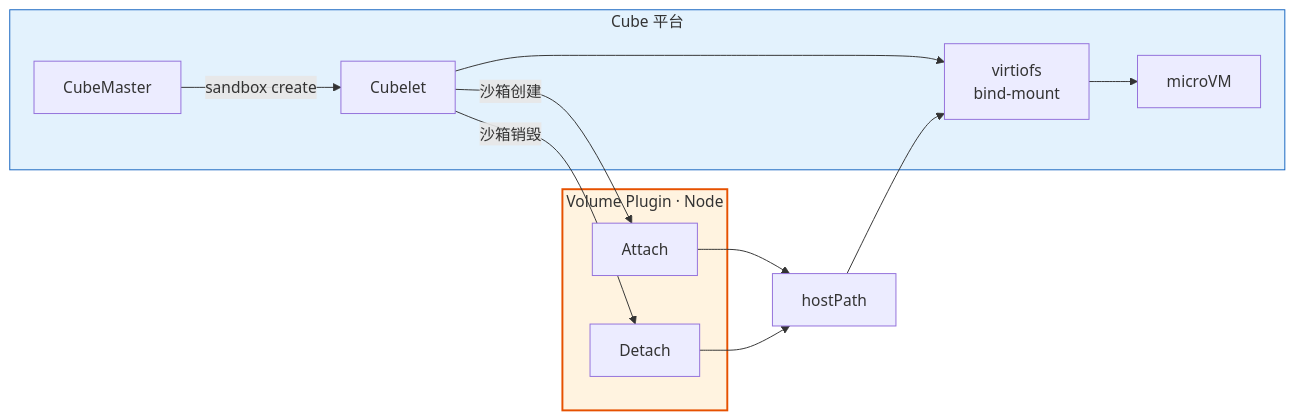
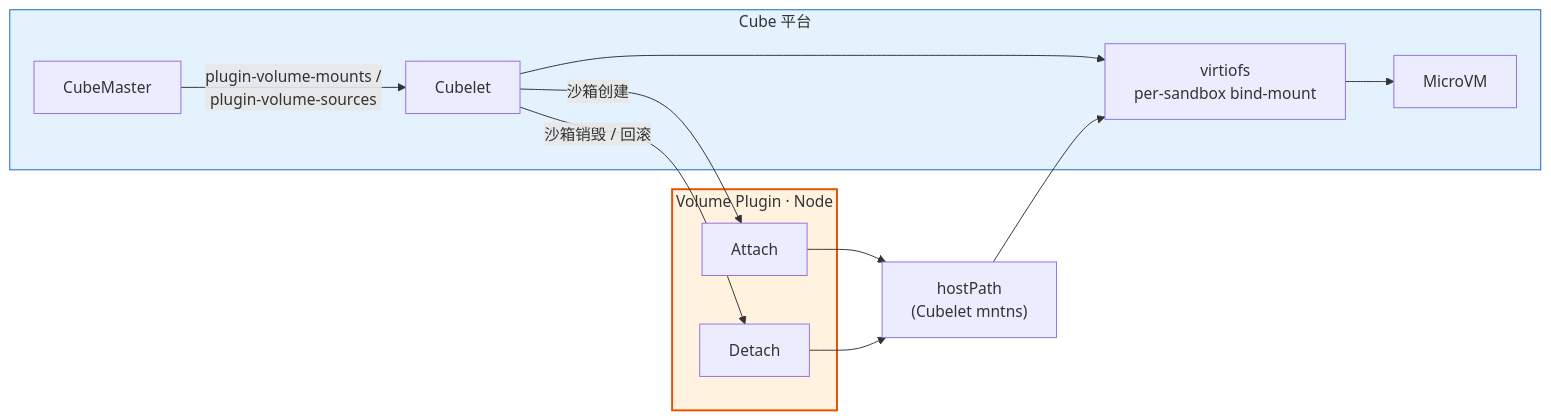
Before and after one commit to TencentCloud/CubeSandbox: the second of 4 diagrams in docs/zh/guide/volume-plugin.md, drawn with Mermaid. The commit also changed other lines of this file and 14 other files, not shown here.

First line of the commit message:
docs(storage): split storage docs into Volume Usage and Volume Plugin Development (#2377)

````diff
--- a/docs/zh/guide/volume-plugin.md
+++ b/docs/zh/guide/volume-plugin.md
@@ -133,27 +56,27 @@
 ```mermaid
 flowchart LR
     subgraph Cube2["Cube 平台"]
         CM2["CubeMaster"]
         CL["Cubelet"]
-        VF["virtiofs\nbind-mount"]
-        SB["microVM"]
-        CM2 -->|"sandbox create"| CL
+        VF["virtiofs<br/>per-sandbox bind-mount"]
+        SB["MicroVM"]
+        CM2 -->|"plugin-volume-mounts /<br/>plugin-volume-sources"| CL
         CL --> VF --> SB
     end
 
     subgraph PluginN["Volume Plugin · Node"]
         NH1["Attach"]
         NH2["Detach"]
     end
 
-    HP["hostPath"]
+    HP["hostPath<br/>(Cubelet mntns)"]
 
     CL -->|"沙箱创建"| NH1
-    CL -->|"沙箱销毁"| NH2
+    CL -->|"沙箱销毁 / 回滚"| NH2
     NH1 --> HP
     NH2 --> HP
     HP --> VF
 
     style PluginN fill:#fff3e0,stroke:#e65100,stroke-width:2px
     style Cube2 fill:#e3f2fd,stroke:#1565c0,stroke-width:1px
 ```
````
